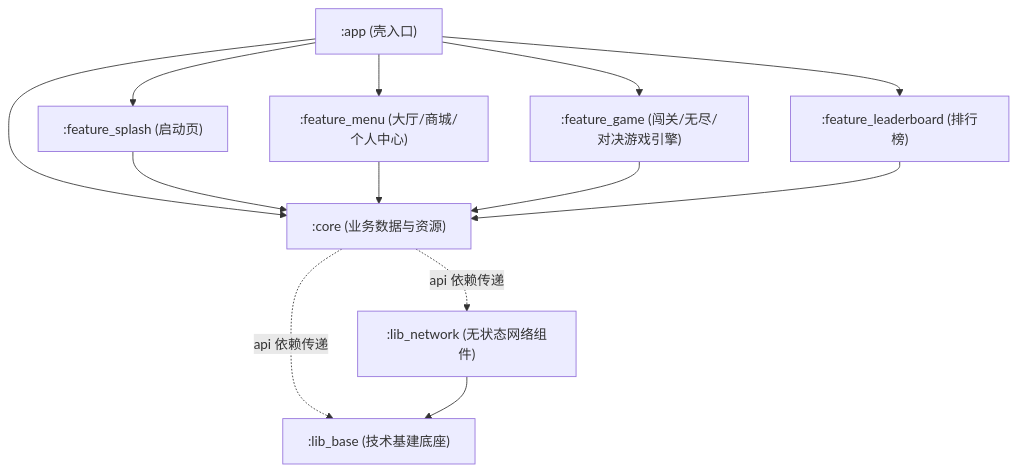
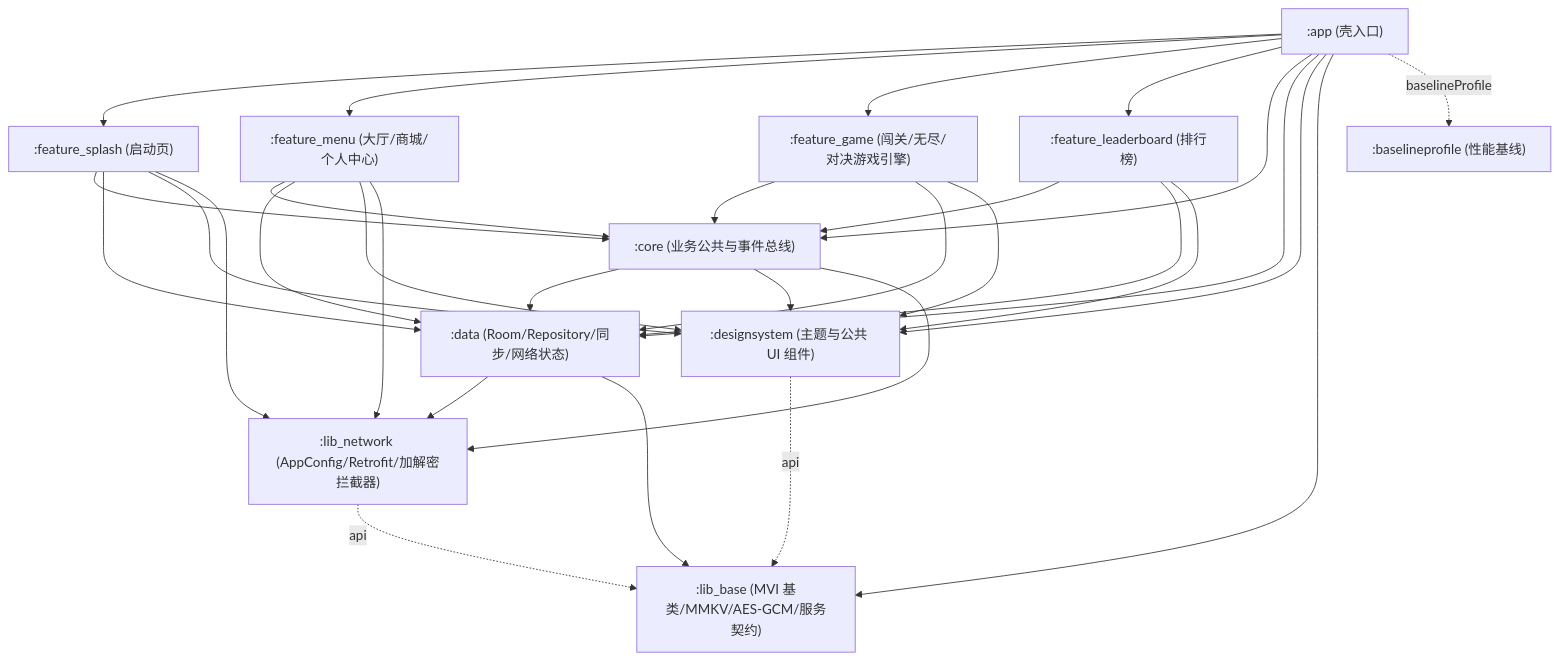
One commit to xqh0927/sheeps changed the diagram in app/README.md. Above: the diagram before and after it, drawn with Mermaid. The commit also changed other lines of this file and 2 other files, not shown here.

Commit message:
docs: 按 1.0.10 最新代码同步更新项目 README 文档

````diff
--- a/app/README.md
+++ b/app/README.md
@@ -16,36 +16,57 @@
 ```mermaid
 graph TD
-    %% 壳工程层
+    %% 壳工程与性能基线
     App[":app (壳入口)"]
-    
+    BP[":baselineprofile (性能基线)"]
+
     %% 业务功能组件层
     feature_splash[":feature_splash (启动页)"]
     feature_menu[":feature_menu (大厅/商城/个人中心)"]
     feature_game[":feature_game (闯关/无尽/对决游戏引擎)"]
     feature_leaderboard[":feature_leaderboard (排行榜)"]
 
-    %% 核心中间件与基底层
-    core[":core (业务数据与资源)"]
-    lib_network[":lib_network (无状态网络组件)"]
-    lib_base[":lib_base (技术基建底座)"]
+    %% 中间公共层
+    core[":core (业务公共与事件总线)"]
+    data[":data (Room/Repository/同步/网络状态)"]
+    designsystem[":designsystem (主题与公共 UI 组件)"]
+
+    %% 底层技术基建
+    lib_network[":lib_network (AppConfig/Retrofit/加解密拦截器)"]
+    lib_base[":lib_base (MVI 基类/MMKV/AES-GCM/服务契约)"]
 
     %% 壳依赖
     App --> feature_splash
     App --> feature_menu
     App --> feature_game
     App --> feature_leaderboard
     App --> core
-    
-    %% 功能模块对数据的单向依赖
+    App --> data
+    App --> designsystem
+    App --> lib_base
+    App -.-> |baselineProfile| BP
+
+    %% 功能模块依赖
     feature_splash --> core
+    feature_splash --> data
+    feature_splash --> designsystem
+    feature_splash --> lib_network
     feature_menu --> core
+    feature_menu --> data
+    feature_menu --> designsystem
+    feature_menu --> lib_network
     feature_game --> core
+    feature_game --> data
+    feature_game --> designsystem
     feature_leaderboard --> core
+    feature_leaderboard --> data
+    feature_leaderboard --> designsystem
 
-    %% 数据层对底层技术底座的 api 传递依赖
-    core -.-> |api 依赖传递| lib_base
-    core -.-> |api 依赖传递| lib_network
-    
-    %% 网络底座依赖最底层基础库
-    lib_network --> lib_base
+    %% 公共与数据层依赖
+    core --> data
+    core --> designsystem
+    core --> lib_network
+    data --> lib_network
+    data --> lib_base
+    designsystem -.-> |api| lib_base
+    lib_network -.-> |api| lib_base
 ```
````
